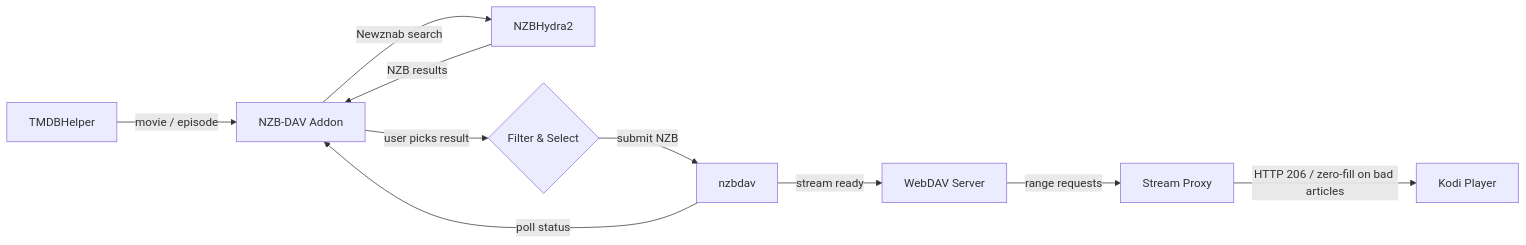
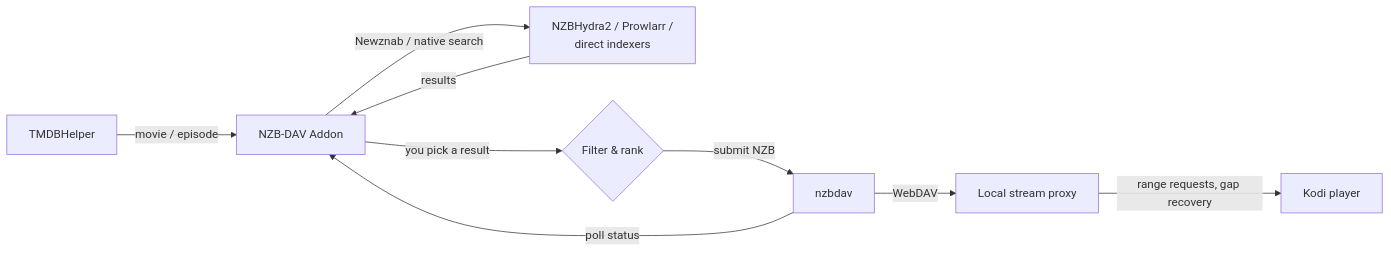
The diagram in README.md (Appz4Fun/nzbdavkodi), drawn with Mermaid before and after one commit. The commit also changed other lines of this file and 50 other files, not shown here.

````diff
--- a/README.md
+++ b/README.md
@@ -29,12 +37,11 @@
 ```mermaid
 flowchart LR
     A[TMDBHelper] -->|movie / episode| B[NZB-DAV Addon]
-    B -->|Newznab search| C[NZBHydra2]
-    C -->|NZB results| B
-    B -->|user picks result| D{Filter & Select}
+    B -->|Newznab / native search| C[NZBHydra2 / Prowlarr /<br/>direct indexers]
+    C -->|results| B
+    B -->|you pick a result| D{Filter & rank}
     D -->|submit NZB| E[nzbdav]
     E -->|poll status| B
-    E -->|stream ready| F[WebDAV Server]
-    F -->|range requests| G[Stream Proxy]
-    G -->|HTTP 206 / zero-fill on bad articles| H[Kodi Player]
+    E -->|WebDAV| F[Local stream proxy]
+    F -->|range requests, gap recovery| G[Kodi player]
 ```
````
